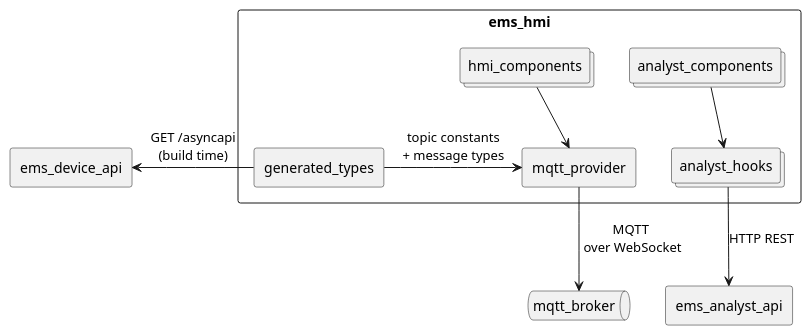
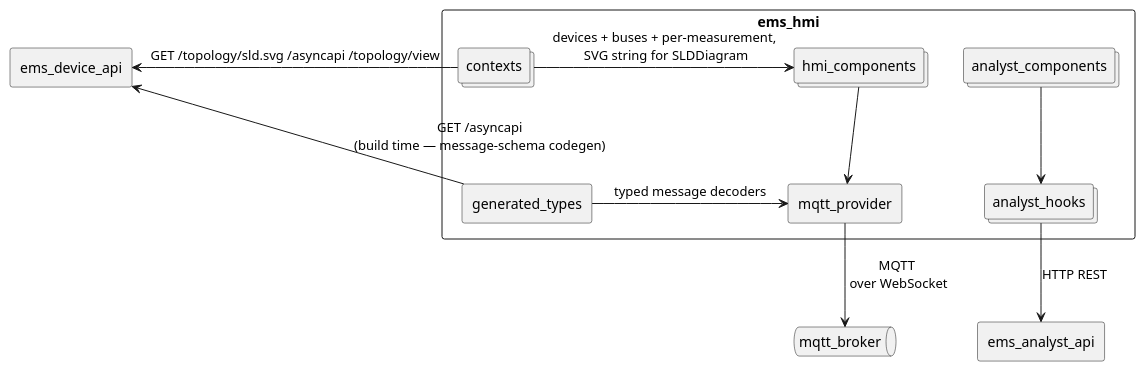
The first of 5 diagrams in readme.md (arcnode-io/ems-hmi), drawn with PlantUML before and after one commit. The commit also changed other lines of this file and 201 other files, not shown here.

````diff
--- a/readme.md
+++ b/readme.md
@@ -13,26 +13,28 @@
 ```plantuml
 rectangle ems_hmi {
 
-  collections hmi_components 
-
-  collections analyst_components 
+  collections hmi_components
+  collections analyst_components
 
   rectangle mqtt_provider
+  collections contexts
   collections analyst_hooks
   rectangle generated_types
 }
 
 queue mqtt_broker
 rectangle ems_device_api
 rectangle ems_analyst_api
 
 
-ems_device_api <-r- generated_types: GET /asyncapi\n(build time)
-generated_types -r-> mqtt_provider: topic constants\n+ message types
+ems_device_api <-r- generated_types: GET /asyncapi\n(build time — message-schema codegen)
+ems_device_api <-r- contexts: GET /topology/sld.svg /asyncapi /topology/view
+generated_types -r-> mqtt_provider: typed message decoders
+contexts -r-> hmi_components: devices + buses + per-measurement,\n SVG string for SLDDiagram
 mqtt_provider --> mqtt_broker: MQTT\n over WebSocket
 hmi_components --> mqtt_provider
 analyst_components --> analyst_hooks
 
 analyst_hooks --> ems_analyst_api: HTTP REST
 
 ```
````
